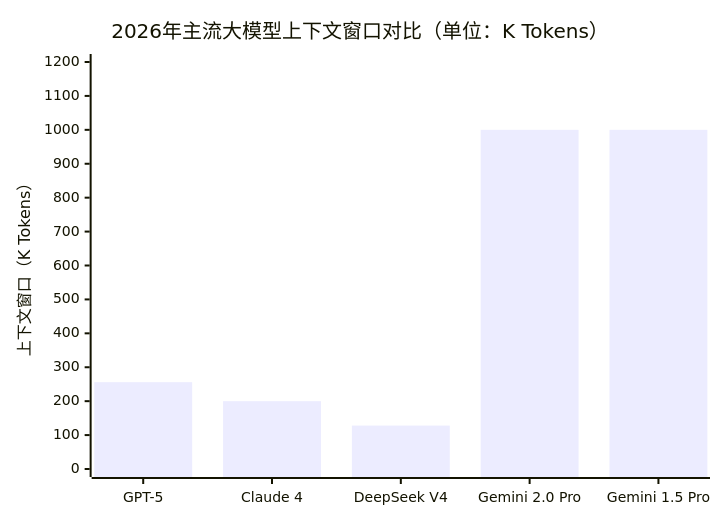
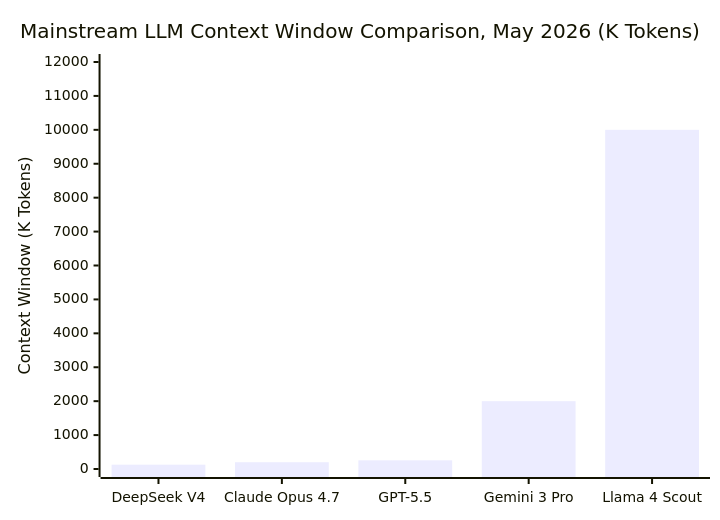
The fourth of 32 diagrams in AI-Technology-Guide-2026-EN.md (outakukou/ai-technology-guide-2026), drawn with Mermaid before and after one commit. The commit also changed other lines of this file, not shown here.

````diff
--- a/AI-Technology-Guide-2026-EN.md
+++ b/AI-Technology-Guide-2026-EN.md
@@ -915,7 +924,7 @@
 ```mermaid
 xychart-beta
-    title "2026年主流大模型上下文窗口对比（单位：K Tokens）"
-    x-axis ["GPT-5", "Claude 4", "DeepSeek V4", "Gemini 2.0 Pro", "Gemini 1.5 Pro"]
-    y-axis "上下文窗口（K Tokens）" 0 --> 1200
-    bar [256, 200, 128, 1000, 1000]
+    title "Mainstream LLM Context Window Comparison, May 2026 (K Tokens)"
+    x-axis ["DeepSeek V4", "Claude Opus 4.7", "GPT-5.5", "Gemini 3 Pro", "Llama 4 Scout"]
+    y-axis "Context Window (K Tokens)" 0 --> 12000
+    bar [128, 200, 256, 2000, 10000]
 ```
````
